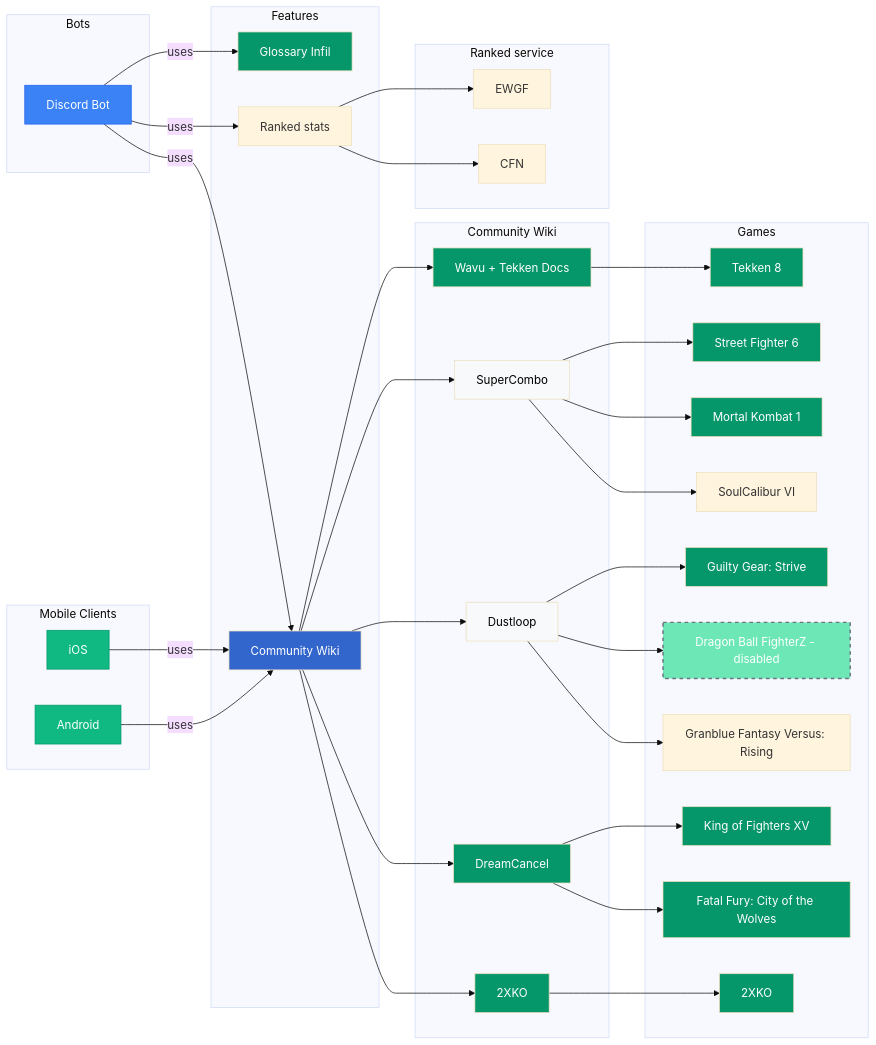
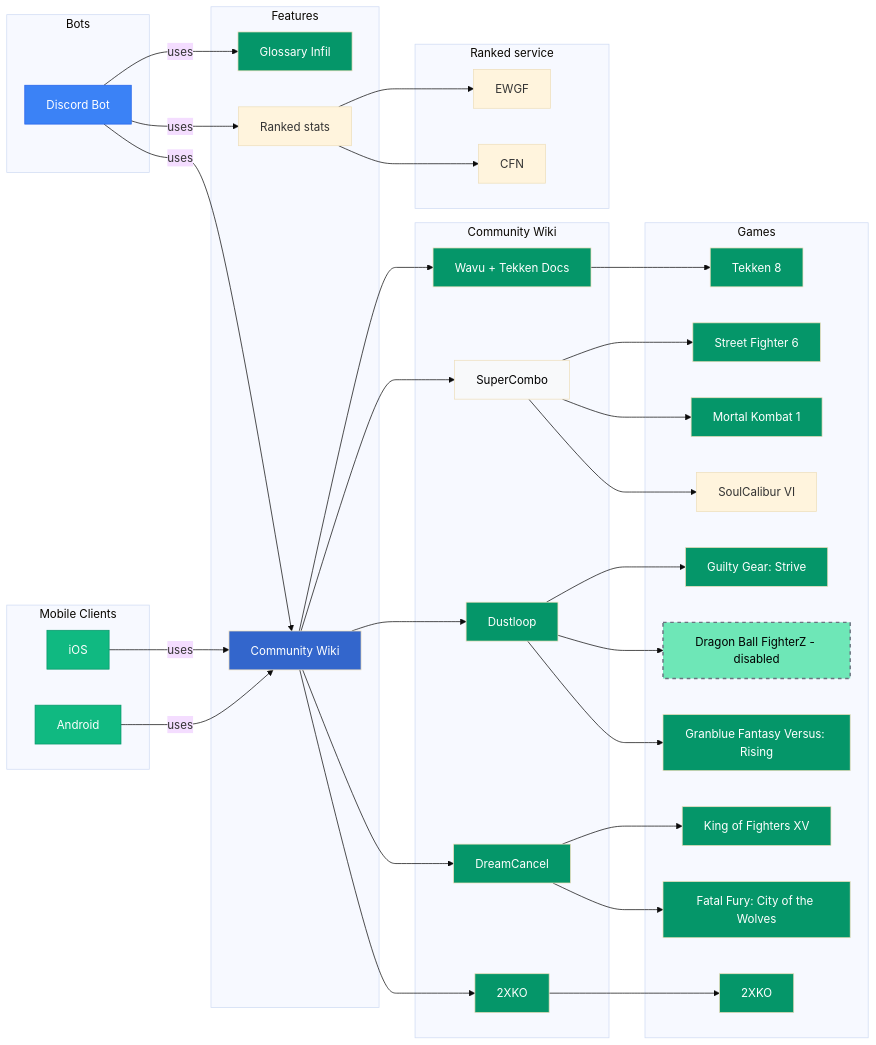
The diagram in README.md (Sophon/FightingNerd), drawn with Mermaid (base theme) before and after one commit. The commit also changed 1 other file, not shown here.

Commit message:
doc (mermaid): modules

````diff
--- a/README.md
+++ b/README.md
@@ -22,90 +22,91 @@
 ```mermaid
 graph LR
-  subgraph Bots
-    discordBot[Discord Bot]
-  end
+    subgraph Bots
+        discordBot[Discord Bot]
+    end
 
-  subgraph "Mobile Clients"
-    android[Android]
-    iOS[iOS]
-  end
+    subgraph "Mobile Clients"
+        android[Android]
+        iOS[iOS]
+    end
 
-  subgraph Features
-    glossaryInfil[Glossary Infil]
-    communityWiki[Community Wiki]
-    elo[Ranked stats]
-  end
+    subgraph Features
+        glossaryInfil[Glossary Infil]
+        communityWiki[Community Wiki]
+        elo[Ranked stats]
+    end
 
-  subgraph Community Wiki
-    wikiWavu[Wavu + Tekken Docs]
-    supercombo[SuperCombo]
-    2xko[2XKO]
-    dustloop[Dustloop]
-    dreamcancel[DreamCancel]
-  end
+    subgraph Community Wiki
+        wikiWavu[Wavu + Tekken Docs]
+        supercombo[SuperCombo]
+        2xko[2XKO]
+        dustloop[Dustloop]
+        dreamcancel[DreamCancel]
+    end
 
-  subgraph Games
-    t8[Tekken 8]
-    sf6[Street Fighter 6]
-    mk1[Mortal Kombat 1]
-    sc6[SoulCalibur VI]
-    ggst[Guilty Gear: Strive]
-    dbfz[Dragon Ball FighterZ - disabled]
-    gbvsr[Granblue Fantasy Versus: Rising]
-    kof15[King of Fighters XV]
-    cotw[Fatal Fury: City of the Wolves]
-    xko[2XKO]
-  end
+    subgraph Games
+        t8[Tekken 8]
+        sf6[Street Fighter 6]
+        mk1[Mortal Kombat 1]
+        sc6[SoulCalibur VI]
+        ggst[Guilty Gear: Strive]
+        dbfz[Dragon Ball FighterZ - disabled]
+        gbvsr[Granblue Fantasy Versus: Rising]
+        kof15[King of Fighters XV]
+        cotw[Fatal Fury: City of the Wolves]
+        xko[2XKO]
+    end
 
-  subgraph Ranked service
-    ewgf[EWGF]
-    cfn[CFN]
-  end
+    subgraph Ranked service
+        ewgf[EWGF]
+        cfn[CFN]
+    end
 
-  android -->|uses| communityWiki
-  iOS -->|uses| communityWiki
+    android -->|uses| communityWiki
+    iOS -->|uses| communityWiki
 
-  discordBot -->|uses| glossaryInfil
-  discordBot -->|uses| communityWiki
-  discordBot -->|uses| elo
+    discordBot -->|uses| glossaryInfil
+    discordBot -->|uses| communityWiki
+    discordBot -->|uses| elo
 
-  communityWiki --> wikiWavu
-  communityWiki --> supercombo
-  communityWiki --> 2xko
-  communityWiki --> dreamcancel
-  communityWiki --> dustloop
+    communityWiki --> wikiWavu
+    communityWiki --> supercombo
+    communityWiki --> 2xko
+    communityWiki --> dreamcancel
+    communityWiki --> dustloop
 
-  elo --> ewgf
-  elo --> cfn
+    elo --> ewgf
+    elo --> cfn
 
-  wikiWavu --> t8
-  supercombo --> sf6
-  supercombo --> mk1
-  supercombo --> sc6
-  dustloop --> ggst
-  dustloop --> dbfz
-  dustloop --> gbvsr
-  2xko --> xko
-  dreamcancel --> kof15
-  dreamcancel --> cotw
+    wikiWavu --> t8
+    supercombo --> sf6
+    supercombo --> mk1
+    supercombo --> sc6
+    dustloop --> ggst
+    dustloop --> dbfz
+    dustloop --> gbvsr
+    2xko --> xko
+    dreamcancel --> kof15
+    dreamcancel --> cotw
 
 
-  style discordBot fill:#3B82F6,stroke:#2563EB,color:#fff
-  style android fill:#10B981,stroke:#059669,color:#fff
-  style iOS fill:#10B981,stroke:#059669,color:#fff
-  style glossaryInfil fill:#059669,color:#fff
-  style communityWiki fill:#3366CC,color:#fff
-  style wikiWavu fill:#059669,color:#fff
-  style supercombo fill:#F8F9FA,color:#000000
-  style dreamcancel fill:#059669, color:#fff
-  style dustloop fill:#F8F9FA,color:#000000
-  style 2xko fill:#059669,color:#fff
-  style t8 fill:#059669, color:#fff
-  style sf6 fill:#059669, color:#fff
-  style xko fill:#059669, color:#fff
-  style kof15 fill:#059669,color:#fff
-  style cotw fill:#059669,color:#fff
-  style ggst fill:#059669,color:#fff
-  style mk1 fill:#059669,color:#fff
-  style dbfz fill:#6EE7B7,color:#fff,stroke:#6B7280,stroke-width:2,stroke-dasharray:5 5
-```
+    style discordBot fill:#3B82F6,stroke:#2563EB,color:#fff
+    style android fill:#10B981,stroke:#059669,color:#fff
+    style iOS fill:#10B981,stroke:#059669,color:#fff
+    style glossaryInfil fill:#059669,color:#fff
+    style communityWiki fill:#3366CC,color:#fff
+    style wikiWavu fill:#059669,color:#fff
+    style supercombo fill:#F8F9FA,color:#000000
+    style dreamcancel fill:#059669, color:#fff
+    style dustloop fill:#059669,color:#fff
+    style 2xko fill:#059669,color:#fff
+    style t8 fill:#059669, color:#fff
+    style sf6 fill:#059669, color:#fff
+    style xko fill:#059669, color:#fff
+    style kof15 fill:#059669,color:#fff
+    style cotw fill:#059669,color:#fff
+    style ggst fill:#059669,color:#fff
+    style mk1 fill:#059669,color:#fff
+    style dbfz fill:#6EE7B7,color:#000000,stroke:#6B7280,stroke-width:2,stroke-dasharray:5 5
+    style gbvsr fill:#059669,color:#fff
+  ```
````
